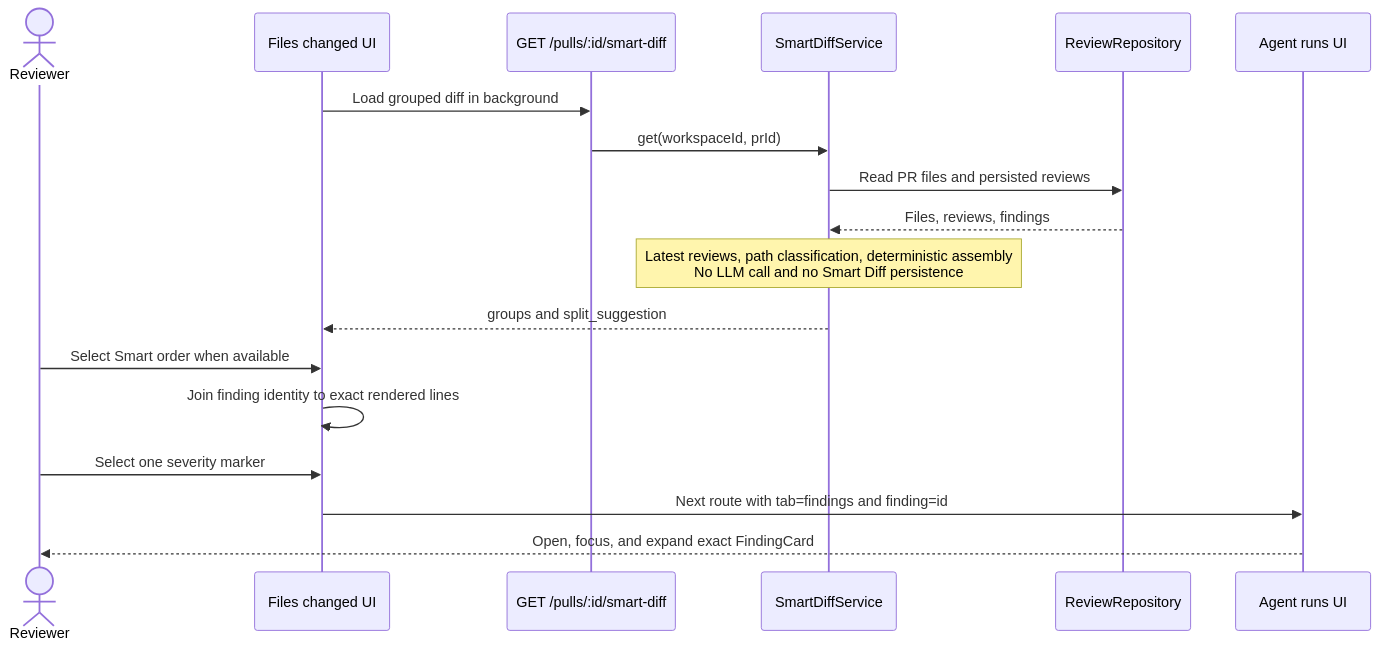
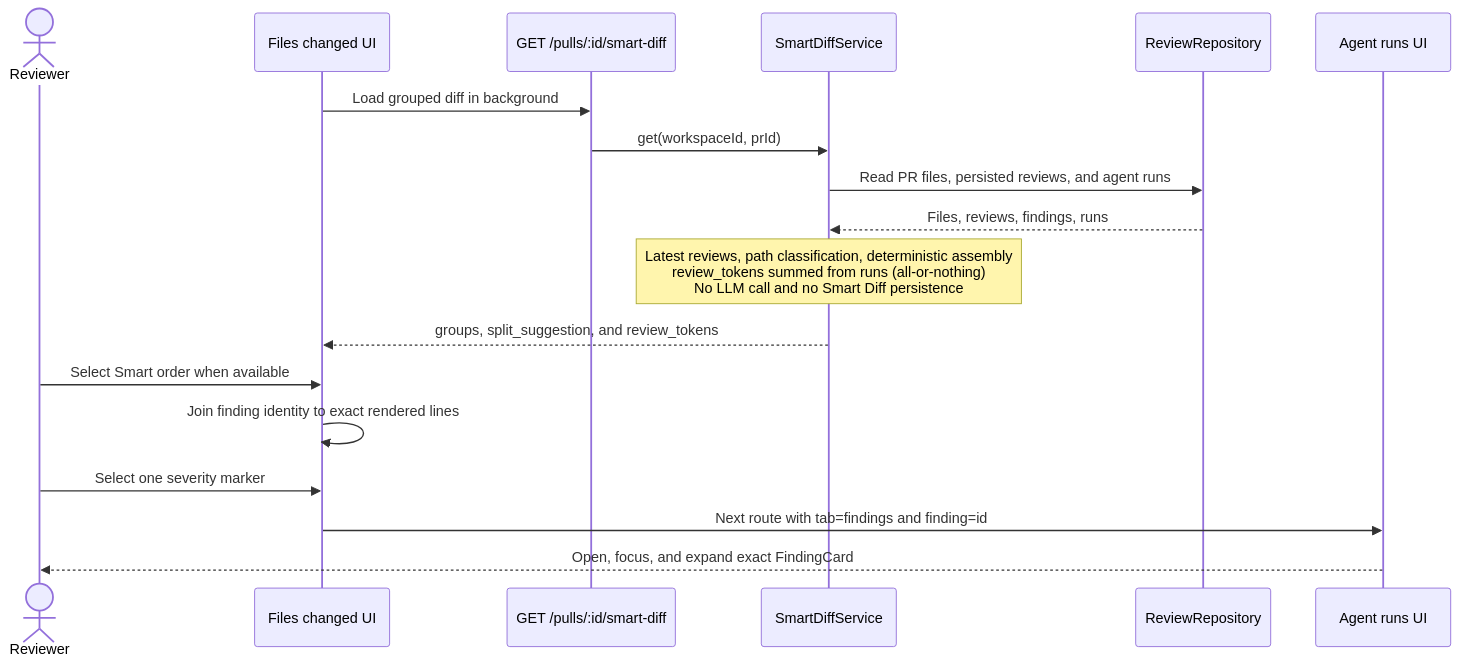
Before and after one commit to tetiana-taranushchenko/dev-digest: the diagram in docs/smart-diff.md, drawn with Mermaid. The commit also changed other lines of this file and 15 other files, not shown here.

````diff
--- a/docs/smart-diff.md
+++ b/docs/smart-diff.md
@@ -110,21 +111,21 @@
 ```mermaid
 sequenceDiagram
   actor Reviewer
   participant UI as Files changed UI
   participant Route as GET /pulls/:id/smart-diff
   participant Service as SmartDiffService
   participant Repo as ReviewRepository
   participant Runs as Agent runs UI
 
   UI->>Route: Load grouped diff in background
   Route->>Service: get(workspaceId, prId)
-  Service->>Repo: Read PR files and persisted reviews
-  Repo-->>Service: Files, reviews, findings
-  Note over Service: Latest reviews, path classification, deterministic assembly<br/>No LLM call and no Smart Diff persistence
-  Service-->>UI: groups and split_suggestion
+  Service->>Repo: Read PR files, persisted reviews, and agent runs
+  Repo-->>Service: Files, reviews, findings, runs
+  Note over Service: Latest reviews, path classification, deterministic assembly<br/>review_tokens summed from runs (all-or-nothing)<br/>No LLM call and no Smart Diff persistence
+  Service-->>UI: groups, split_suggestion, and review_tokens
   Reviewer->>UI: Select Smart order when available
   UI->>UI: Join finding identity to exact rendered lines
   Reviewer->>UI: Select one severity marker
   UI->>Runs: Next route with tab=findings and finding=id
   Runs-->>Reviewer: Open, focus, and expand exact FindingCard
 ```
````
